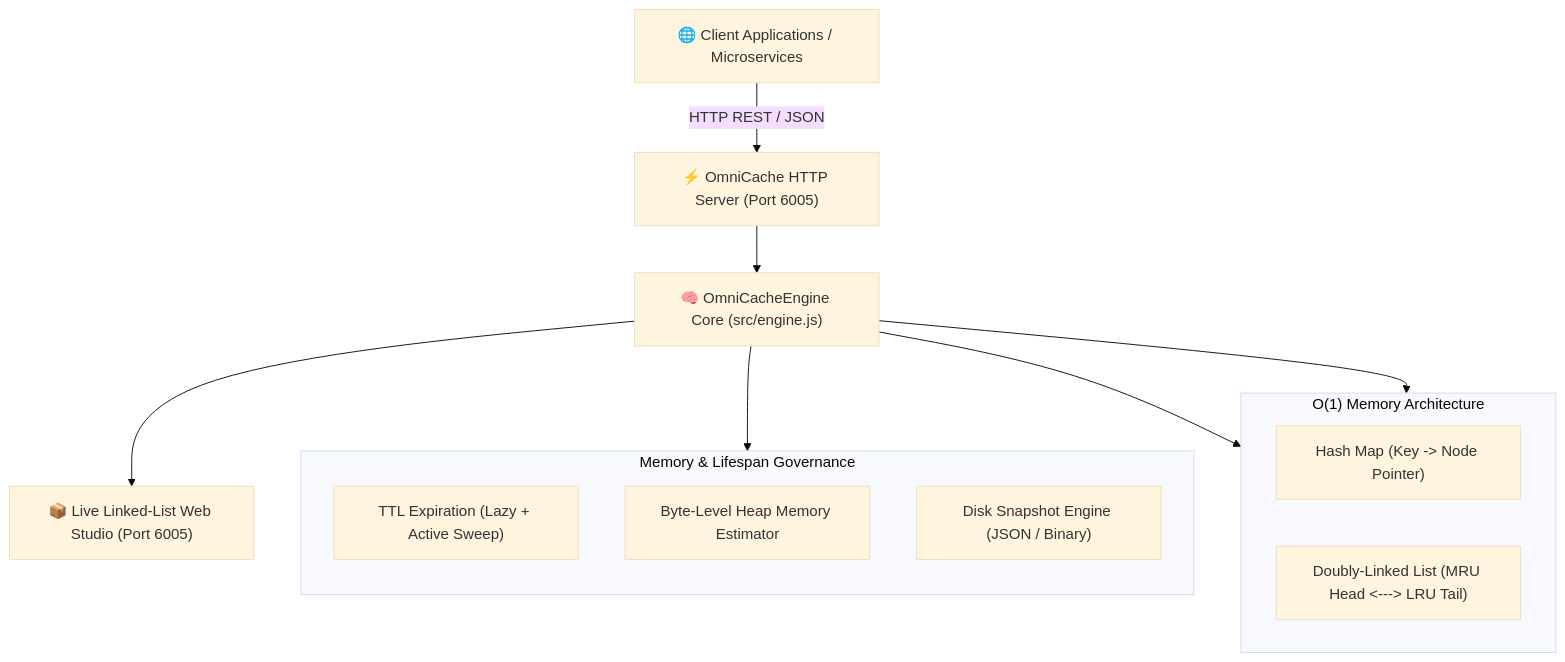
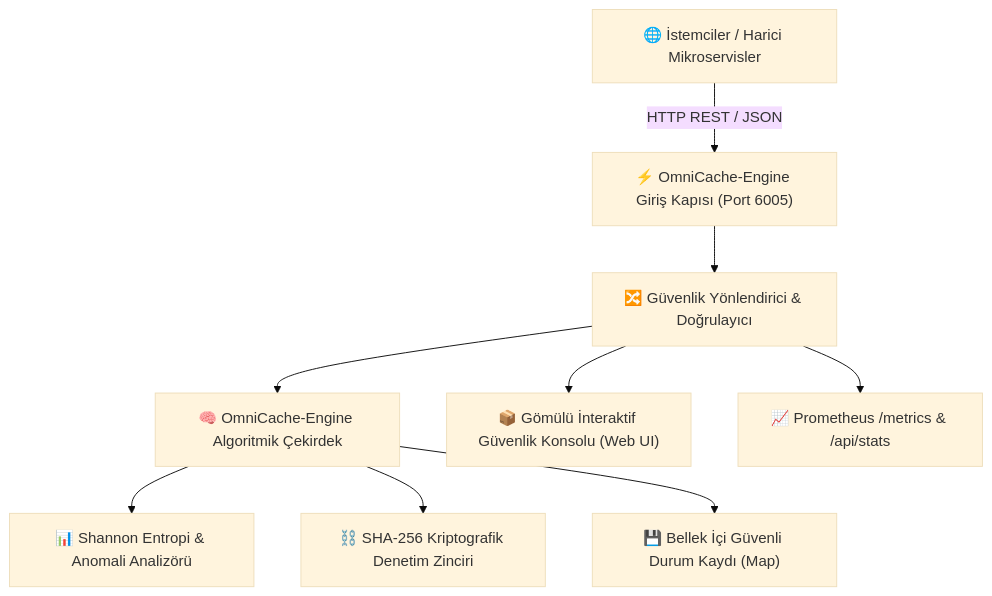
The diagram in README.md (alinurettin/OmniCache-Engine), drawn with Mermaid (base theme) before and after one commit. The commit also changed other lines of this file and 3 other files, not shown here.

````diff
--- a/README.md
+++ b/README.md
@@ -22,24 +53,11 @@
 ```mermaid
 flowchart TD
-    Client["🌐 Client Applications / Microservices"] -->|HTTP REST / JSON| Server["⚡ OmniCache HTTP Server (Port 6005)"]
-    Server --> Engine["🧠 OmniCacheEngine Core (src/engine.js)"]
-    
-    subgraph DataStructures["O(1) Memory Architecture"]
-        direction LR
-        HashMap["Hash Map (Key -> Node Pointer)"]
-        DLL["Doubly-Linked List (MRU Head <---> LRU Tail)"]
-    end
-    
-    Engine --> HashMap
-    Engine --> DLL
-    
-    subgraph Policies["Memory & Lifespan Governance"]
-        direction TB
-        TTL["TTL Expiration (Lazy + Active Sweep)"]
-        ByteTracker["Byte-Level Heap Memory Estimator"]
-        Snapshot["Disk Snapshot Engine (JSON / Binary)"]
-    end
-    
-    Engine --> Policies
-    Engine --> Dashboard["📦 Live Linked-List Web Studio (Port 6005)"]
+    Client["🌐 İstemciler / Harici Mikroservisler"] -->|HTTP REST / JSON| Entrypoint["⚡ OmniCache-Engine Giriş Kapısı (Port 6005)"]
+    Entrypoint --> Dispatcher["🔀 Güvenlik Yönlendirici & Doğrulayıcı"]
+    Dispatcher --> CoreEngine["🧠 OmniCache-Engine Algoritmik Çekirdek"]
+    CoreEngine --> Entropy["📊 Shannon Entropi & Anomali Analizörü"]
+    CoreEngine --> HashChain["⛓️ SHA-256 Kriptografik Denetim Zinciri"]
+    CoreEngine --> Storage["💾 Bellek İçi Güvenli Durum Kaydı (Map)"]
+    Dispatcher --> WebUI["📦 Gömülü İnteraktif Güvenlik Konsolu (Web UI)"]
+    Dispatcher --> Telemetry["📈 Prometheus /metrics & /api/stats"]
 ```
````
